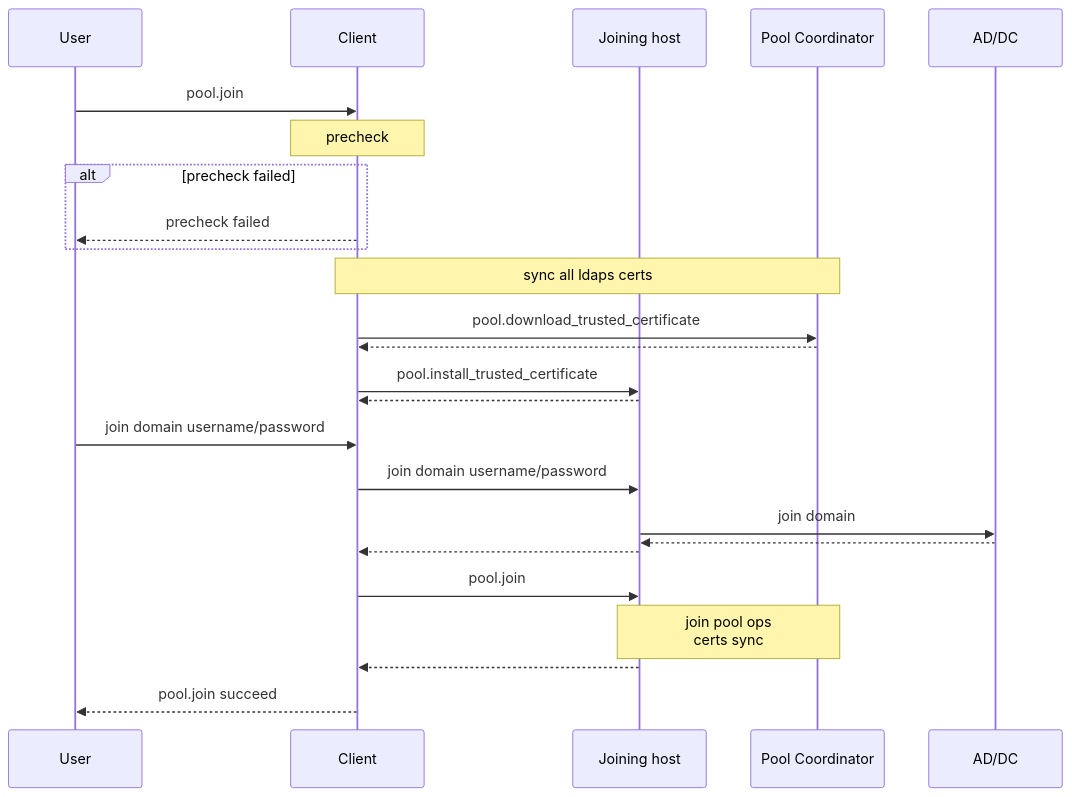
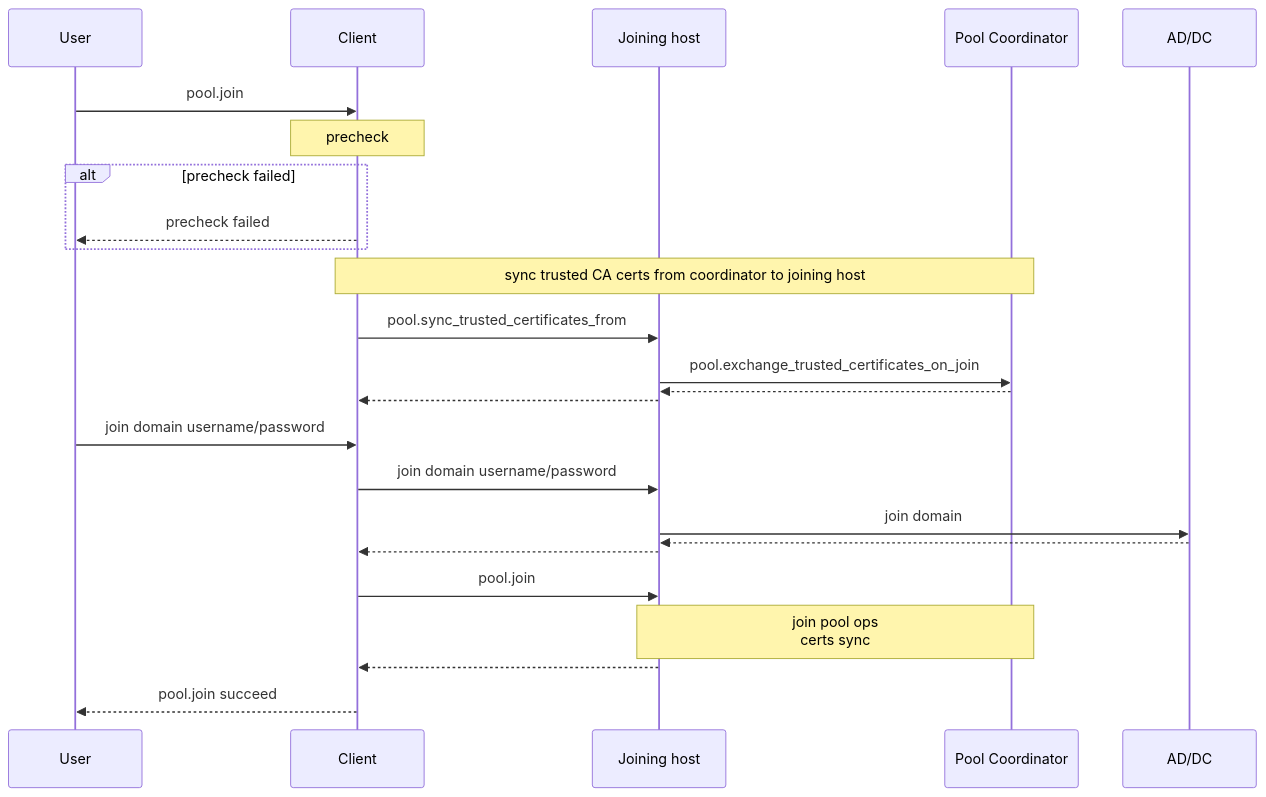
Before and after one commit to xapi-project/xen-api: the diagram in doc/content/design/external-auth-ldaps.md, drawn with Mermaid. The commit also changed other lines of this file, not shown here.

Commit message:
Update document for pool.sync_trusted_certificates_from

```diff
--- a/doc/content/design/external-auth-ldaps.md
+++ b/doc/content/design/external-auth-ldaps.md
@@ -256,33 +256,33 @@
 ~~~mermaid
 
 sequenceDiagram
 participant user as User
 participant client as Client
 participant join as Joining host
 participant coor as Pool Coordinator
 participant dc as AD/DC
 
 user->>client: pool.join
 Note over client: precheck
 alt precheck failed
 client-->>user: precheck failed
 end
 
-Note over client,coor: sync all ldaps certs
-client->>coor: pool.download_trusted_certificate
-coor-->>client:
-client->>join: pool.install_trusted_certificate
+Note over client,coor: sync trusted CA certs from coordinator to joining host
+client->>join: pool.sync_trusted_certificates_from
+join->>coor: pool.exchange_trusted_certificates_on_join
+coor-->>join:
 join-->>client:
 
 user->>client: join domain username/password
 client->>join: join domain username/password
 join->>dc: join domain
 dc-->>join:
 join-->>client:
 
 client->>join: pool.join
 Note over join,coor: join pool ops<br/>certs sync
 join-->>client:
 client-->>user: pool.join succeed
 
 ~~~
```
